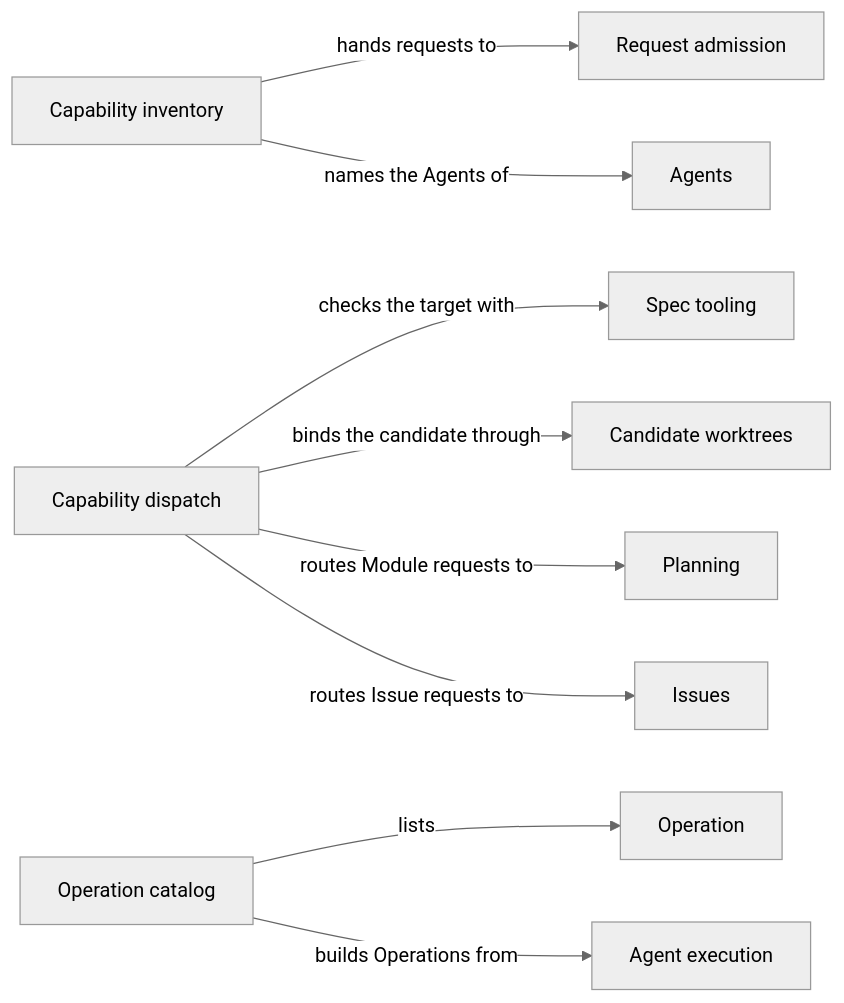
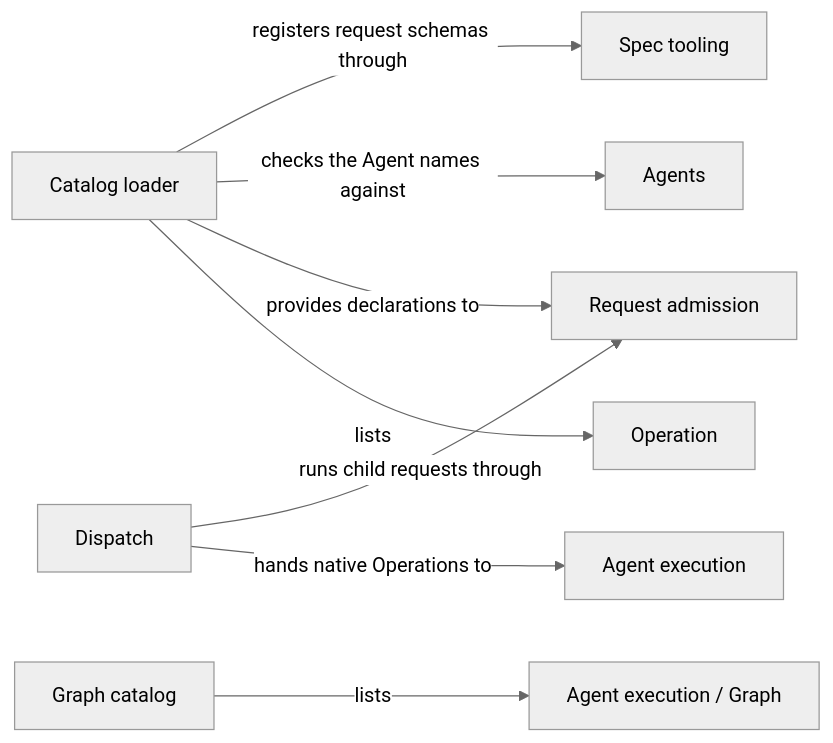
Before and after one commit to FTOD/concorde: the third of 3 diagrams in specs/concorde/operations/module.md, drawn with Mermaid (neutral theme). The commit also changed other lines of this file and 213 other files, not shown here.

First line of the commit message:
Rewrite Concorde's Specs for the layered architecture

````diff
--- a/specs/concorde/operations/module.md
+++ b/specs/concorde/operations/module.md
@@ -194,24 +235,21 @@
 ```mermaid
 flowchart LR
-    accTitle: How dispatch and the catalogs collaborate
-    accDescr: Dispatch checks targets with Spec, binds candidates through Candidate worktrees and routes requests to providers; the catalogs name Agents and build Operations.
-    catalog[Capability inventory]
-    dispatch[Capability dispatch]
-    graphs[Operation catalog]
+    accTitle: How the catalog and dispatch collaborate
+    accDescr: Admission reads the catalog and calls dispatch; dispatch hands native Operations to Agent execution; the loader checks Agent names and registers schemas; the Graph catalog lists Graphs.
+    loader[Catalog loader]
+    dispatch[Dispatch]
+    graphs[Graph catalog]
     operation[Operation]
     admission[Request admission]
+    execution[Agent execution]
+    agents[Agents]
     spec[Spec tooling]
-    worktrees[Candidate worktrees]
-    issues[Issues]
-    planning[Planning]
-    agents[Agents]
-    execution[Agent execution]
-    catalog -->|hands requests to| admission
-    catalog -->|names the Agents of| agents
-    dispatch -->|checks the target with| spec
-    dispatch -->|binds the candidate through| worktrees
-    dispatch -->|routes Module requests to| planning
-    dispatch -->|routes Issue requests to| issues
-    graphs -->|lists| operation
-    graphs -->|builds Operations from| execution
+    lgraph[Agent execution / Graph]
+    loader -->|lists| operation
+    loader -->|provides declarations to| admission
+    loader -->|checks the Agent names against| agents
+    loader -->|registers request schemas through| spec
+    dispatch -->|hands native Operations to| execution
+    dispatch -->|runs child requests through| admission
+    graphs -->|lists| lgraph
 ```
````
